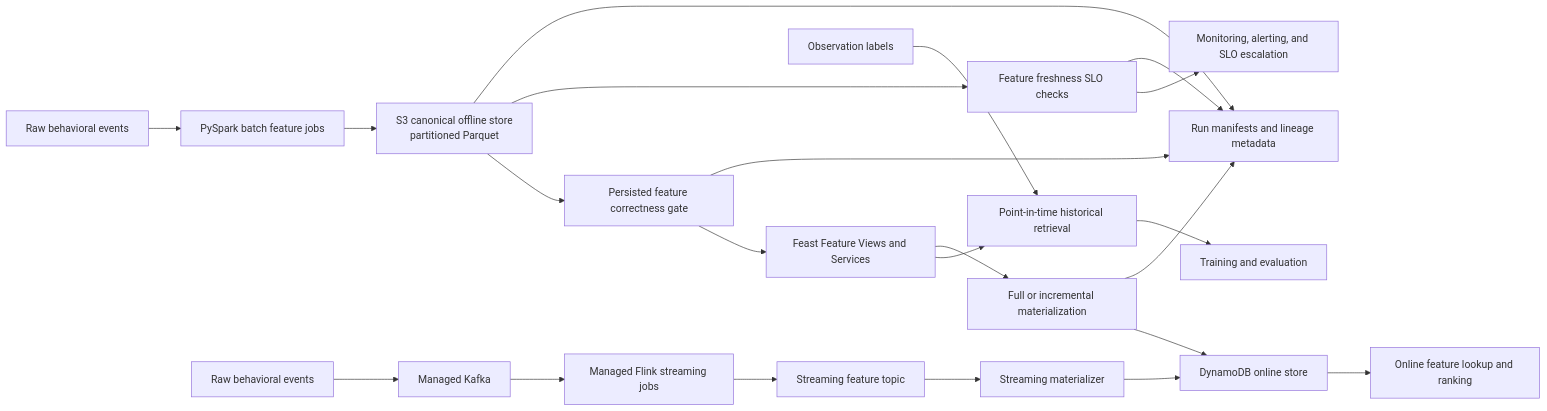
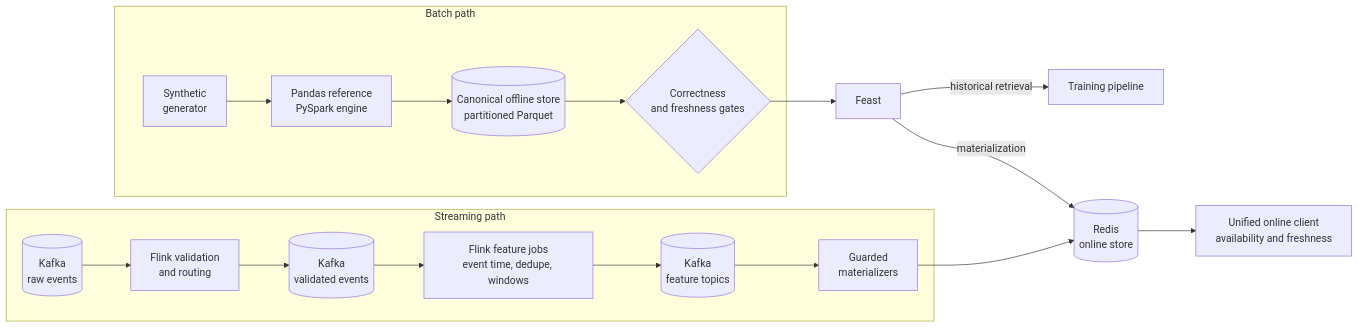
Before and after one commit to oster-dev/featureforge: the first of 7 diagrams in ARCHITECTURE.md, drawn with Mermaid. The commit also changed other lines of this file and 2 other files, not shown here.

Commit message:
docs: rewrite README, ARCHITECTURE, and CONTRIBUTING for current platform state

````diff
--- a/ARCHITECTURE.md
+++ b/ARCHITECTURE.md
@@ -1441,42 +13,22 @@
 ```mermaid
 flowchart LR
-    Raw[Raw behavioral events] --> Spark[PySpark batch feature jobs]
-    Spark --> S3Offline[S3 canonical offline store<br/>partitioned Parquet]
+    subgraph Batch["Batch path"]
+        GEN[Synthetic<br/>generator] --> REF[Pandas reference<br/>PySpark engine]
+        REF --> OFF[(Canonical offline store<br/>partitioned Parquet)]
+        OFF --> GATE{Correctness<br/>and freshness gates}
+    end
 
+    subgraph Stream["Streaming path"]
+        K0[(Kafka<br/>raw events)] --> VAL[Flink validation<br/>and routing]
+        VAL --> K1[(Kafka<br/>validated events)]
+        K1 --> FJ[Flink feature jobs<br/>event time, dedupe, windows]
+        FJ --> K2[(Kafka<br/>feature topics)]
+        K2 --> MAT[Guarded<br/>materializers]
+    end
 
-
-    S3Offline --> Correctness[Persisted feature correctness gate]
-    S3Offline --> Freshness[Feature freshness SLO checks]
-
-
-
-    Correctness --> Feast[Feast Feature Views and Services]
-    Freshness --> Ops[Monitoring, alerting, and SLO escalation]
-
-
-
-    Labels[Observation labels] --> Historical[Point-in-time historical retrieval]
-    Feast --> Historical
-    Historical --> Training[Training and evaluation]
-
-
-
-    Feast --> Materialize[Full or incremental materialization]
-    Materialize --> Dynamo[DynamoDB online store]
-    Dynamo --> Serving[Online feature lookup and ranking]
-
-
-
-    Events[Raw behavioral events] --> Kafka[Managed Kafka]
-    Kafka --> Flink[Managed Flink streaming jobs]
-    Flink --> Features[Streaming feature topic]
-    Features --> Materializer[Streaming materializer]
-    Materializer --> Dynamo
-
-
-
-    S3Offline --> Manifests[Run manifests and lineage metadata]
-    Correctness --> Manifests
-    Freshness --> Manifests
-    Materialize --> Manifests
+    GATE --> FEAST[Feast]
+    FEAST -->|historical retrieval| TRAIN[Training pipeline]
+    FEAST -->|materialization| REDIS[(Redis<br/>online store)]
+    MAT --> REDIS
+    REDIS --> CLIENT[Unified online client<br/>availability and freshness]
 ```
````
